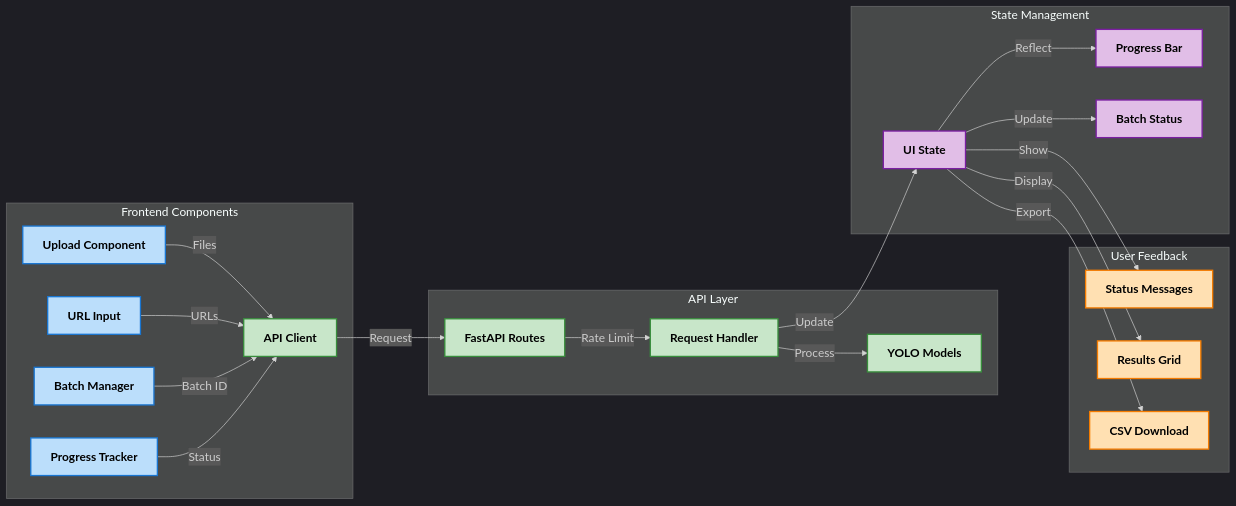
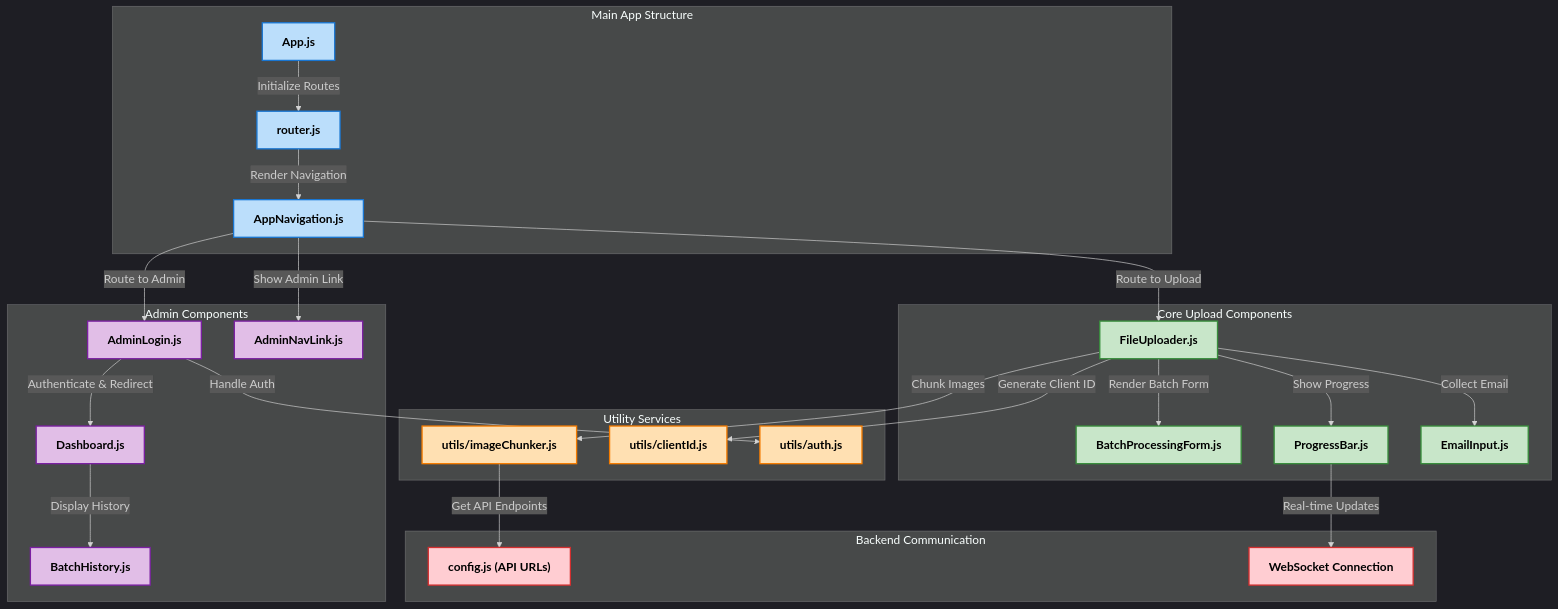
Before and after one commit to Dhruv0306/SymphonyProject1: the third of 9 diagrams in README.md, drawn with Mermaid. The commit also changed other lines of this file and 38 other files, not shown here.

Commit message:
docs: update documentation for WebSocket heartbeat and scheduler startup- Documented WebSocket heartbeat timeout mechanism- Added notes on scheduler initialization in startup event- Improved inline comments and logging descriptions for clarity

````diff
--- a/README.md
+++ b/README.md
@@ -168,42 +210,49 @@
 ```mermaid
 %%{init: {'theme': 'dark', 'themeVariables': { 'fontFamily': 'arial', 'fontSize': '18px', 'fontWeight': 'bold'}}}%%
-graph LR
-    subgraph "Frontend Components"
-        style A1 fill:#bbdefb,stroke:#1976d2,stroke-width:2px,color:#000000,font-weight:bold
-        style A2 fill:#bbdefb,stroke:#1976d2,stroke-width:2px,color:#000000,font-weight:bold
-        style A3 fill:#bbdefb,stroke:#1976d2,stroke-width:2px,color:#000000,font-weight:bold
-        style A4 fill:#bbdefb,stroke:#1976d2,stroke-width:2px,color:#000000,font-weight:bold
-        A1[Upload Component] -->|"Files"| B1[API Client]
-        A2[URL Input] -->|"URLs"| B1
-        A3[Batch Manager] -->|"Batch ID"| B1
-        A4[Progress Tracker] -->|"Status"| B1
+graph TD
+    subgraph "Main App Structure"
+        style A fill:#bbdefb,stroke:#1976d2,stroke-width:2px,color:#000000,font-weight:bold
+        style B fill:#bbdefb,stroke:#1976d2,stroke-width:2px,color:#000000,font-weight:bold
+        style C fill:#bbdefb,stroke:#1976d2,stroke-width:2px,color:#000000,font-weight:bold
+        A["App.js"] -->|"Initialize Routes"| B["router.js"]
+        B -->|"Render Navigation"| C["AppNavigation.js"]
     end
 
-    subgraph "API Layer"
-        style B1 fill:#c8e6c9,stroke:#388e3c,stroke-width:2px,color:#000000,font-weight:bold
-        style B2 fill:#c8e6c9,stroke:#388e3c,stroke-width:2px,color:#000000,font-weight:bold
-        style B3 fill:#c8e6c9,stroke:#388e3c,stroke-width:2px,color:#000000,font-weight:bold
-        style B4 fill:#c8e6c9,stroke:#388e3c,stroke-width:2px,color:#000000,font-weight:bold
-        B1 -->|"Request"| B2[FastAPI Routes]
-        B2 -->|"Rate Limit"| B3[Request Handler]
-        B3 -->|"Process"| B4[YOLO Models]
+    subgraph "Core Upload Components"
+        style D1 fill:#c8e6c9,stroke:#388e3c,stroke-width:2px,color:#000000,font-weight:bold
+        style D2 fill:#c8e6c9,stroke:#388e3c,stroke-width:2px,color:#000000,font-weight:bold
+        style D3 fill:#c8e6c9,stroke:#388e3c,stroke-width:2px,color:#000000,font-weight:bold
+        style D4 fill:#c8e6c9,stroke:#388e3c,stroke-width:2px,color:#000000,font-weight:bold
+        C -->|"Route to Upload"| D1["FileUploader.js"]
+        D1 -->|"Render Batch Form"| D2["BatchProcessingForm.js"]
+        D1 -->|"Show Progress"| D3["ProgressBar.js"]
+        D1 -->|"Collect Email"| D4["EmailInput.js"]
     end
 
-    subgraph "State Management"
-        style C1 fill:#e1bee7,stroke:#7b1fa2,stroke-width:2px,color:#000000,font-weight:bold
-        style C2 fill:#e1bee7,stroke:#7b1fa2,stroke-width:2px,color:#000000,font-weight:bold
-        style C3 fill:#e1bee7,stroke:#7b1fa2,stroke-width:2px,color:#000000,font-weight:bold
-        B3 -->|"Update"| C1[UI State]
-        C1 -->|"Reflect"| C2[Progress Bar]
-        C1 -->|"Update"| C3[Batch Status]
+    subgraph "Admin Components"
+        style E1 fill:#e1bee7,stroke:#7b1fa2,stroke-width:2px,color:#000000,font-weight:bold
+        style E2 fill:#e1bee7,stroke:#7b1fa2,stroke-width:2px,color:#000000,font-weight:bold
+        style E3 fill:#e1bee7,stroke:#7b1fa2,stroke-width:2px,color:#000000,font-weight:bold
+        style E4 fill:#e1bee7,stroke:#7b1fa2,stroke-width:2px,color:#000000,font-weight:bold
+        C -->|"Route to Admin"| E1["AdminLogin.js"]
+        E1 -->|"Authenticate & Redirect"| E2["Dashboard.js"]
+        E2 -->|"Display History"| E3["BatchHistory.js"]
+        C -->|"Show Admin Link"| E4["AdminNavLink.js"]
     end
 
-    subgraph "User Feedback"
-        style D1 fill:#ffe0b2,stroke:#f57c00,stroke-width:2px,color:#000000,font-weight:bold
-        style D2 fill:#ffe0b2,stroke:#f57c00,stroke-width:2px,color:#000000,font-weight:bold
-        style D3 fill:#ffe0b2,stroke:#f57c00,stroke-width:2px,color:#000000,font-weight:bold
-        C1 -->|"Show"| D1[Status Messages]
-        C1 -->|"Display"| D2[Results Grid]
-        C1 -->|"Export"| D3[CSV Download]
+    subgraph "Utility Services"
+        style F1 fill:#ffe0b2,stroke:#f57c00,stroke-width:2px,color:#000000,font-weight:bold
+        style F2 fill:#ffe0b2,stroke:#f57c00,stroke-width:2px,color:#000000,font-weight:bold
+        style F3 fill:#ffe0b2,stroke:#f57c00,stroke-width:2px,color:#000000,font-weight:bold
+        D1 -->|"Chunk Images"| F1["utils/imageChunker.js"]
+        D1 -->|"Generate Client ID"| F2["utils/clientId.js"]
+        E1 -->|"Handle Auth"| F3["utils/auth.js"]
+    end
+
+    subgraph "Backend Communication"
+        style G1 fill:#ffcdd2,stroke:#d32f2f,stroke-width:2px,color:#000000,font-weight:bold
+        style G2 fill:#ffcdd2,stroke:#d32f2f,stroke-width:2px,color:#000000,font-weight:bold
+        F1 -->|"Get API Endpoints"| G1["config.js (API URLs)"]
+        D3 -->|"Real-time Updates"| G2["WebSocket Connection"]
     end
 ```
````
